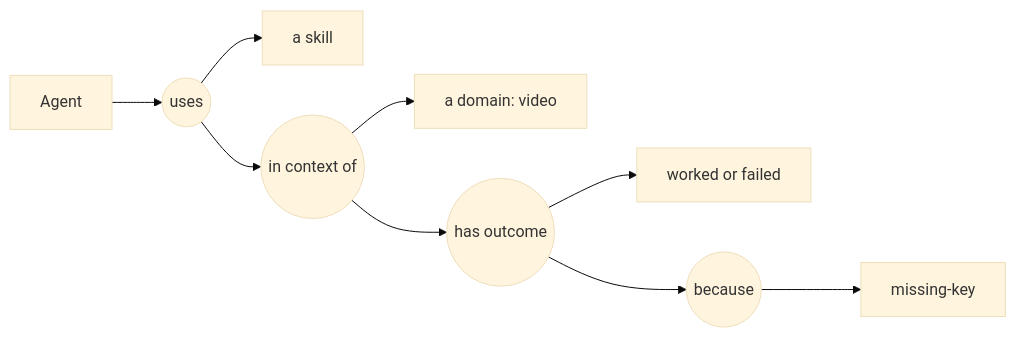
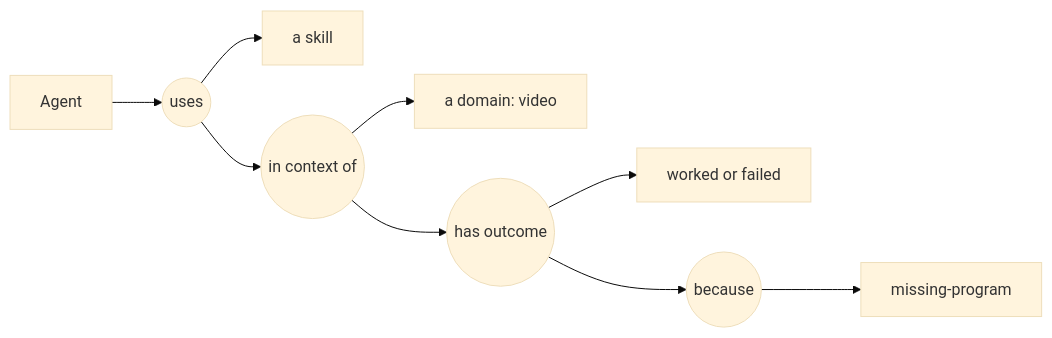
The second of 2 diagrams in apps/web/public/docs/overview.md (intuition-box/ARP), drawn with Mermaid (base theme) before and after one commit. The commit also changed other lines of this file and 13 other files, not shown here.

First line of the commit message:
docs: drop declaration-only sentences, missing-program as the example reason

````diff
--- a/apps/web/public/docs/overview.md
+++ b/apps/web/public/docs/overview.md
@@ -70,11 +68,11 @@
 ```mermaid
 flowchart LR
     A["Agent"] --> U(("uses"))
     U --> S["a skill"]
     U --> C(("in context of"))
     C --> D["a domain: video"]
     C --> O(("has outcome"))
     O --> R["worked or failed"]
     O --> B(("because"))
-    B --> W["missing-key"]
+    B --> W["missing-program"]
 ```
````
